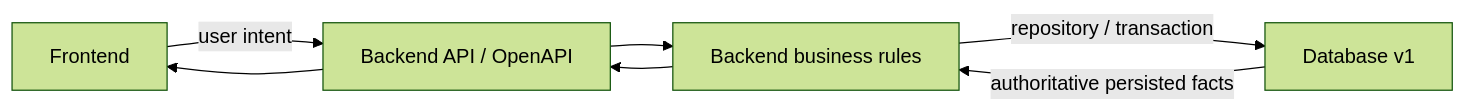
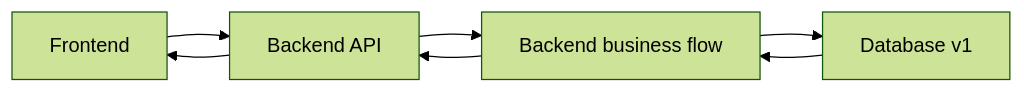
One commit to Danh20100/moibile_app changed the second of 2 diagrams in docs/database/v1/README.md. Above: the diagram before and after it, drawn with Mermaid (forest theme). The commit also changed other lines of this file and 2 other files, not shown here.

Commit message:
docs(database): humanize database reading guides

````diff
--- a/docs/database/v1/README.md
+++ b/docs/database/v1/README.md
@@ -57,9 +48,7 @@
 ```mermaid
 flowchart LR
-    FE["Frontend"] -->|"user intent"| API["Backend API / OpenAPI"]
-    API --> BE["Backend business rules"]
-    BE -->|"repository / transaction"| DB["Database v1"]
-    DB -->|"authoritative persisted facts"| BE
-    BE --> API
-    API --> FE
+    FE["Frontend"] --> API["Backend API"]
+    API --> BE["Backend business flow"]
+    BE --> DB["Database v1"]
+    DB --> BE --> API --> FE
 ```
````
